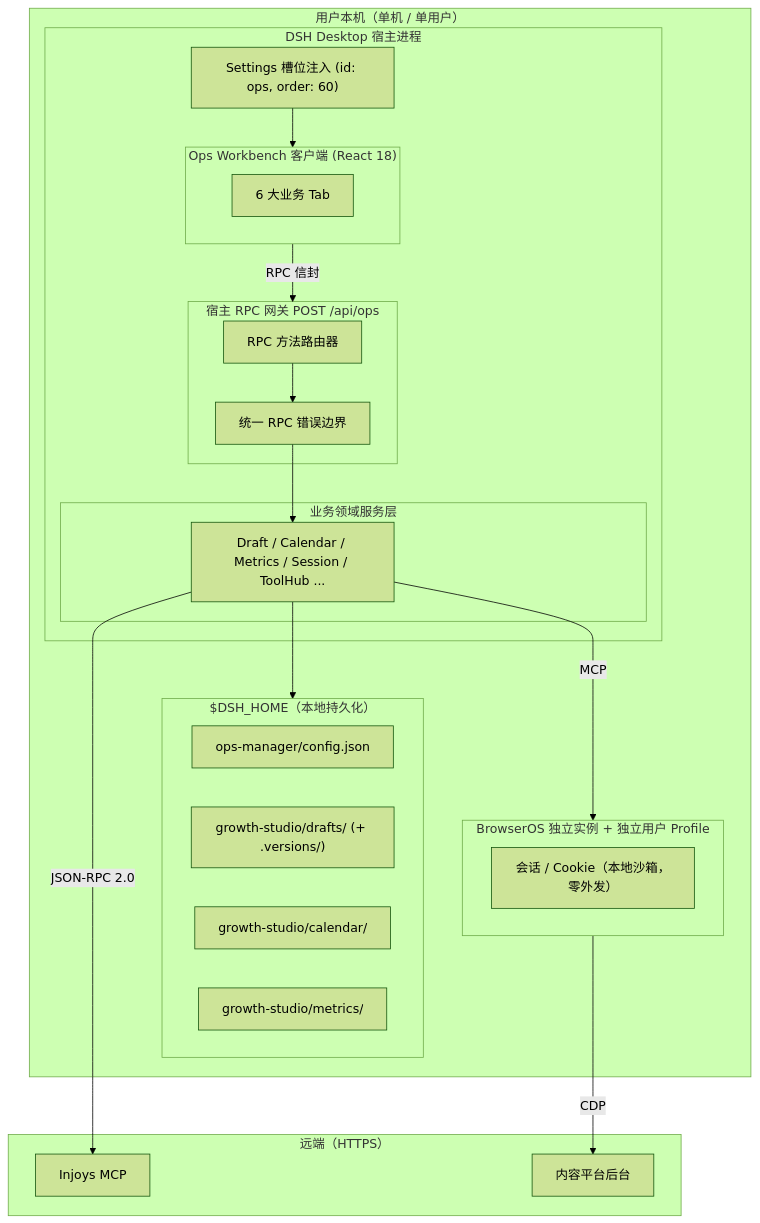
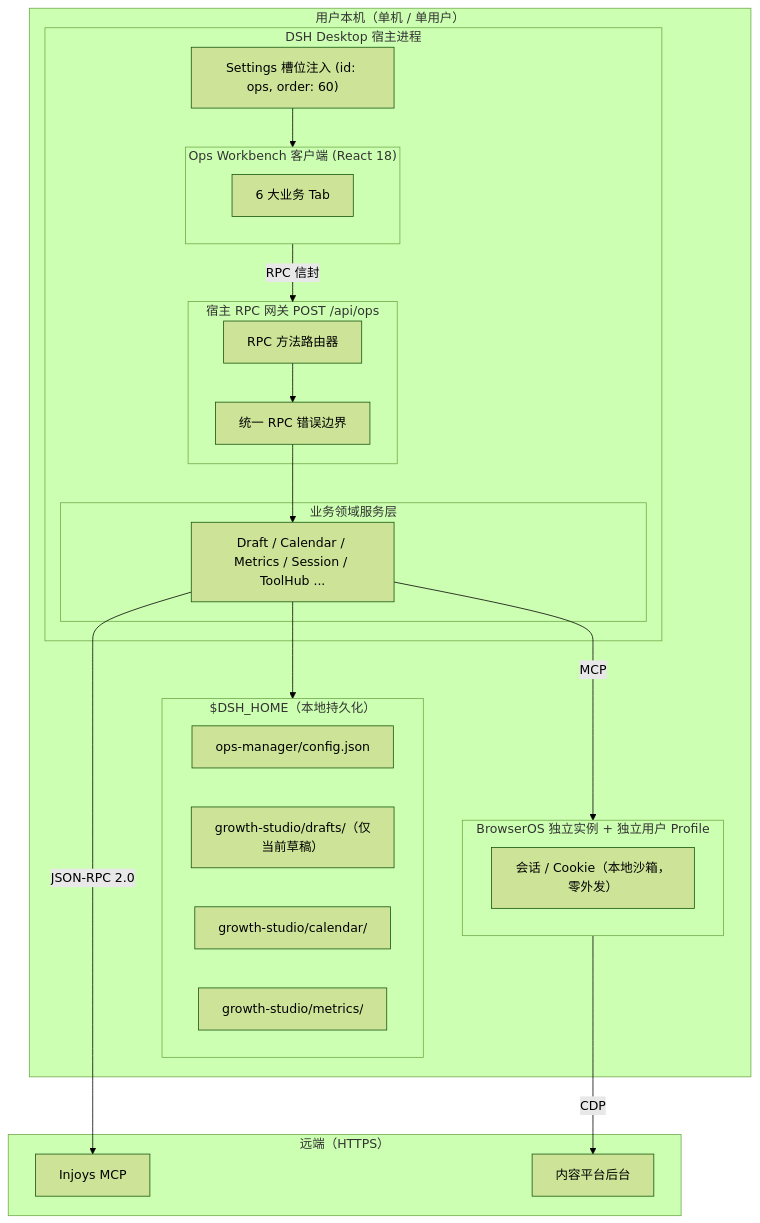
The second of 2 diagrams in .context/architecture/system_design.md (InJoysAI/dsh-growth-studio), drawn with Mermaid (forest theme) before and after one commit. The commit also changed other lines of this file and 34 other files, not shown here.

Commit message:
refactor: synchronize project documentation and context files with latest architecture updates

````diff
--- a/.context/architecture/system_design.md
+++ b/.context/architecture/system_design.md
@@ -180,42 +181,42 @@
 ```mermaid
 graph TB
     subgraph Machine ["用户本机（单机 / 单用户）"]
         subgraph DSHHost ["DSH Desktop 宿主进程"]
             Slot["Settings 槽位注入 (id: ops, order: 60)"]
             subgraph Workbench ["Ops Workbench 客户端 (React 18)"]
                 Tabs["6 大业务 Tab"]
             end
             subgraph Gateway ["宿主 RPC 网关 POST /api/ops"]
                 Router["RPC 方法路由器"]
                 ErrBoundary["统一 RPC 错误边界"]
             end
             subgraph Domain ["业务领域服务层"]
                 Services["Draft / Calendar / Metrics / Session / ToolHub ..."]
             end
             Router --> ErrBoundary --> Services
             Slot --> Workbench
             Workbench -->|RPC 信封| Gateway
         end
 
         subgraph Home ["$DSH_HOME（本地持久化）"]
             Cfg["ops-manager/config.json"]
-            Drafts["growth-studio/drafts/ (+ .versions/)"]
+            Drafts["growth-studio/drafts/（仅当前草稿）"]
             Cal["growth-studio/calendar/"]
             Met["growth-studio/metrics/"]
         end
 
         subgraph BOS ["BrowserOS 独立实例 + 独立用户 Profile"]
             Profile["会话 / Cookie（本地沙箱，零外发）"]
         end
     end
 
     subgraph Remote ["远端（HTTPS）"]
         Injoys["Injoys MCP"]
         Channels["内容平台后台"]
     end
 
     Services --> Home
     Services -->|MCP| BOS
     Services -->|JSON-RPC 2.0| Injoys
     BOS -->|CDP| Channels
 ```
````
